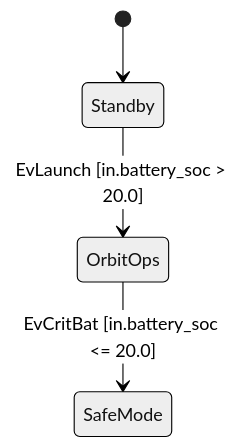
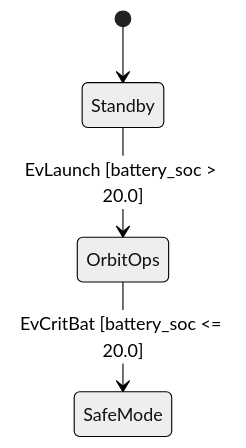
One commit to simoneCavalleri/fsmc changed the diagram in docs/formal_languages/sysml_v2.md. Above: the diagram before and after it, drawn with Mermaid (neutral theme). The commit also changed other lines of this file and 21 other files, not shown here.

````diff
--- a/docs/formal_languages/sysml_v2.md
+++ b/docs/formal_languages/sysml_v2.md
@@ -285,10 +281,10 @@
     ```mermaid
     stateDiagram-v2
         %% @fsm:name SpacecraftControl
         %% @fsm:port name=battery_soc type=Real dir=in min=0.0 max=100.0
         %% @fsm:port name=heater_cmd type=Real dir=out min=0.0 max=100.0
-        %% @fsm:property name=SafeBat kind=Liveness formula="G (EvCritBat -> F SafeMode)"
+        %% @fsm:property name=SafeBat kind=Safety formula="G (EvCritBat -> F SafeMode)"
         [*] --> Standby
-        Standby --> OrbitOps: EvLaunch [in.battery_soc > 20.0]
-        OrbitOps --> SafeMode: EvCritBat [in.battery_soc <= 20.0]
+        Standby --> OrbitOps: EvLaunch [battery_soc > 20.0]
+        OrbitOps --> SafeMode: EvCritBat [battery_soc <= 20.0]
     ```
````
